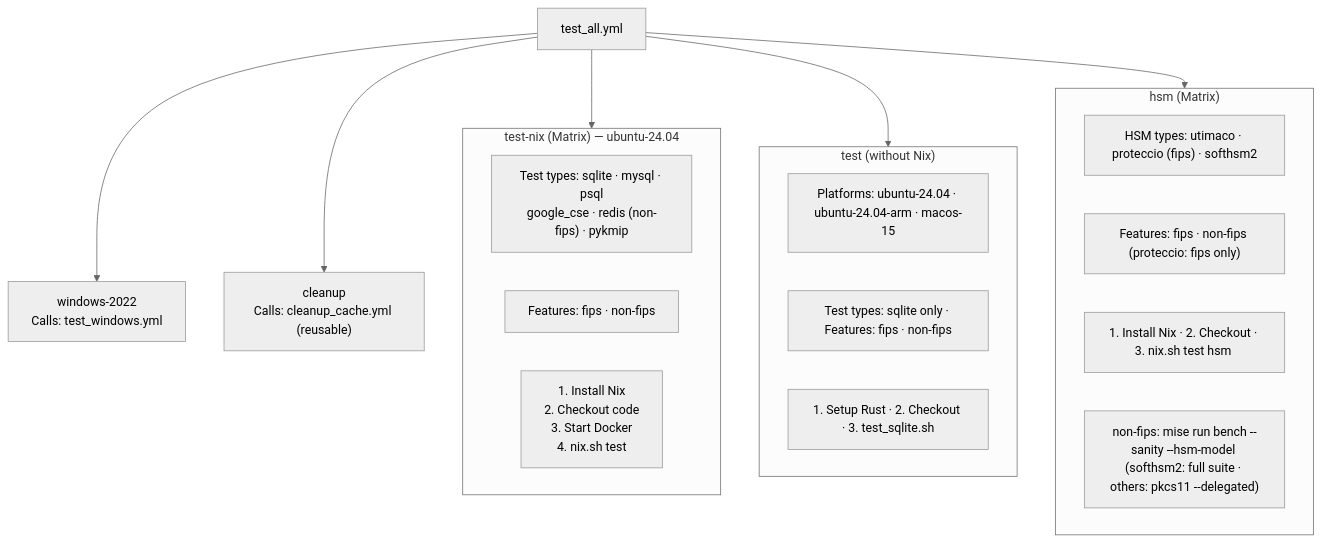
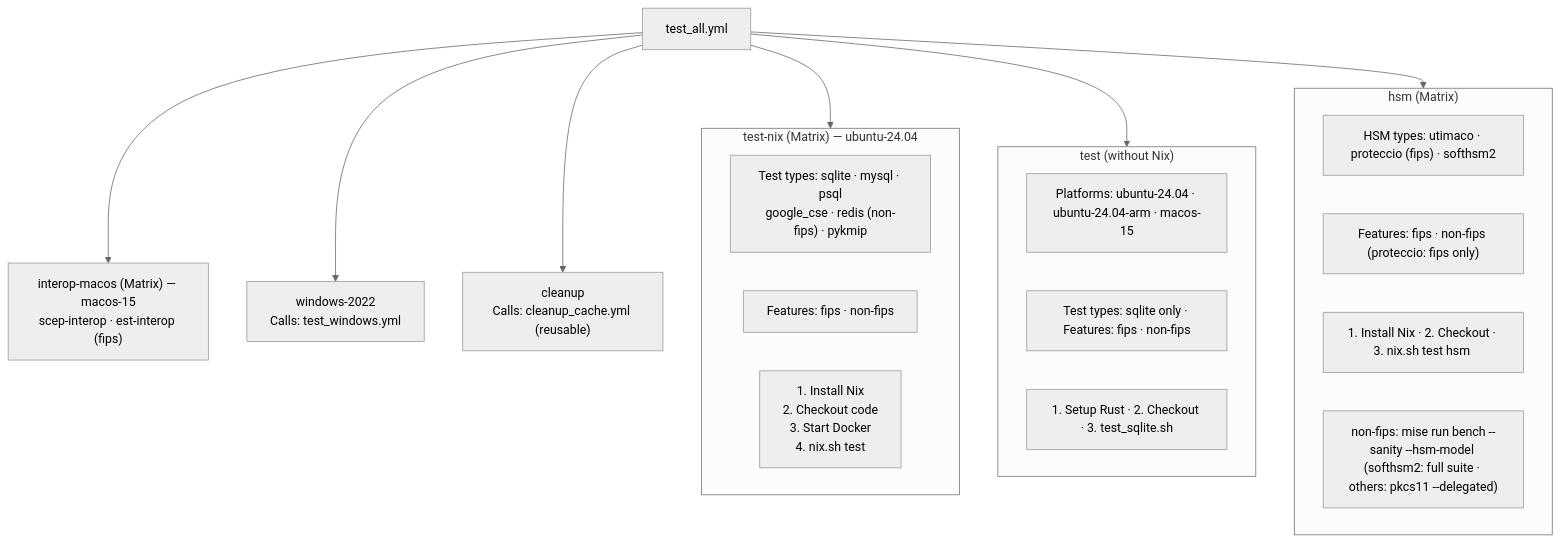
The fifth of 17 diagrams in .github/README_WORKFLOWS.md (Cosmian/kms), drawn with Mermaid (neutral theme) before and after one commit. The commit also changed 13 other files, not shown here.

First line of the commit message:
ci: run interop-macos in test_all, drop the rng-policy audit and the MDM probe script

````diff
--- a/.github/README_WORKFLOWS.md
+++ b/.github/README_WORKFLOWS.md
@@ -91,23 +91,24 @@
 ```mermaid
 flowchart TB
     test_all["test_all.yml"]
     subgraph nix_matrix["test-nix (Matrix) — ubuntu-24.04"]
         nix_types["Test types: sqlite · mysql · psql<br/>google_cse · redis (non-fips) · pykmip"]
         nix_feat["Features: fips · non-fips"]
         nix_steps["1. Install Nix<br/>2. Checkout code<br/>3. Start Docker<br/>4. nix.sh test <type>"]
     end
     subgraph nonix["test (without Nix)"]
         nonix_plat["Platforms: ubuntu-24.04 · ubuntu-24.04-arm · macos-15"]
         nonix_types["Test types: sqlite only · Features: fips · non-fips"]
         nonix_steps["1. Setup Rust · 2. Checkout · 3. test_sqlite.sh"]
     end
     subgraph hsm_matrix["hsm (Matrix)"]
         hsm_types["HSM types: utimaco · proteccio (fips) · softhsm2"]
         hsm_feat["Features: fips · non-fips (proteccio: fips only)"]
         hsm_steps["1. Install Nix · 2. Checkout · 3. nix.sh test hsm <type>"]
         hsm_bench["non-fips: mise run bench --sanity --hsm-model <type><br/>(softhsm2: full suite · others: pkcs11 --delegated)"]
     end
+    interop["interop-macos (Matrix) — macos-15<br/>scep-interop · est-interop (fips)"]
     win["windows-2022<br/>Calls: test_windows.yml"]
     clean["cleanup<br/>Calls: cleanup_cache.yml (reusable)"]
-    test_all --> nix_matrix & nonix & hsm_matrix & win & clean
+    test_all --> nix_matrix & nonix & hsm_matrix & interop & win & clean
 ```
````
